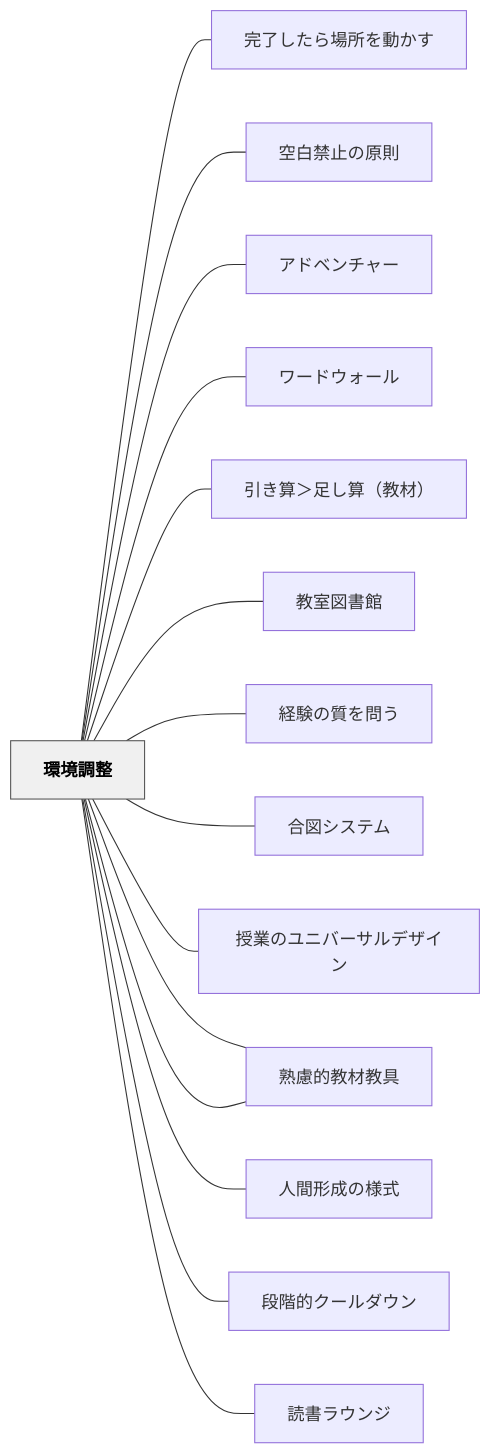
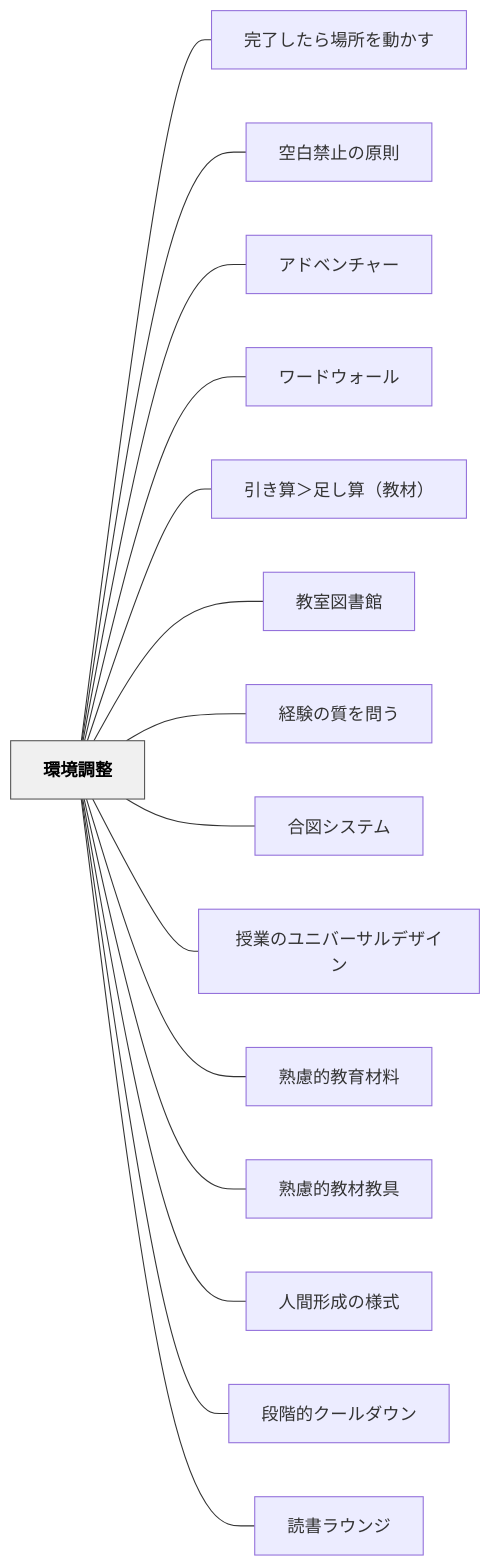
One commit to unknownthings-ed-patterns/unknownthings-ed-patterns changed the diagram in content/パタン/環境調整.md. Above: the diagram before and after it, drawn with Mermaid. The commit also changed 527 other files, not shown here.

````diff
--- a/content/パタン/環境調整.md
+++ b/content/パタン/環境調整.md
@@ -297,36 +297,36 @@
 ```mermaid
 flowchart LR
-    ne792b0e5a283["環境調整"]
-    ne5ae8ce4ba86["完了したら場所を動かす"]
-    ne7a9bae799bd["空白禁止の原則"]
-    ne382a2e38389["アドベンチャー"]
-    ne383afe383bc["ワードウォール"]
-    ne5bc95e3818d["引き算＞足し算（教材）"]
-    ne69599e5aea4["教室図書館"]
-    ne7b58ce9a893["経験の質を問う"]
-    ne59088e59bb3["合図システム"]
-    ne68e88e6a5ad["授業のユニバーサルデザイン"]
-    ne7869fe685ae["熟慮的教育材料"]
-    ne7869fe685ae["熟慮的教材教具"]
-    ne4babae99693["人間形成の様式"]
-    ne6aeb5e99a8e["段階的クールダウン"]
-    ne8aaade69bb8["読書ラウンジ"]
+    ne792b0e5a283e8aabfe695b4["環境調整"]
+    ne5ae8ce4ba86e38197e3819fe38289e5a0b4e68980e38292e58b95e3818be38199["完了したら場所を動かす"]
+    ne7a9bae799bde7a681e6ada2e381aee58e9fe58987["空白禁止の原則"]
+    ne382a2e38389e38399e383b3e38381e383a3e383bc["アドベンチャー"]
+    ne383afe383bce38389e382a6e382a9e383bce383ab["ワードウォール"]
+    ne5bc95e3818de7ae97efbc9ee8b6b3e38197e7ae97efbc88e69599e69d90efbc89["引き算＞足し算（教材）"]
+    ne69599e5aea4e59bb3e69bb8e9a4a8["教室図書館"]
+    ne7b58ce9a893e381aee8b3aae38292e5958fe38186["経験の質を問う"]
+    ne59088e59bb3e382b7e382b9e38386e383a0["合図システム"]
+    ne68e88e6a5ade381aee383a6e3838be38390e383bce382b5e383abe38387e382b6e382a4e383b3["授業のユニバーサルデザイン"]
+    ne7869fe685aee79a84e69599e882b2e69d90e69699["熟慮的教育材料"]
+    ne7869fe685aee79a84e69599e69d90e69599e585b7["熟慮的教材教具"]
+    ne4babae99693e5bda2e68890e381aee6a798e5bc8f["人間形成の様式"]
+    ne6aeb5e99a8ee79a84e382afe383bce383abe38380e382a6e383b3["段階的クールダウン"]
+    ne8aaade69bb8e383a9e382a6e383b3e382b8["読書ラウンジ"]
 
-    ne792b0e5a283 --- ne5ae8ce4ba86
-    ne792b0e5a283 --- ne7a9bae799bd
-    ne792b0e5a283 --- ne382a2e38389
-    ne792b0e5a283 --- ne383afe383bc
-    ne792b0e5a283 --- ne5bc95e3818d
-    ne792b0e5a283 --- ne69599e5aea4
-    ne792b0e5a283 --- ne7b58ce9a893
-    ne792b0e5a283 --- ne59088e59bb3
-    ne792b0e5a283 --- ne68e88e6a5ad
-    ne792b0e5a283 --- ne7869fe685ae
-    ne792b0e5a283 --- ne7869fe685ae
-    ne792b0e5a283 --- ne4babae99693
-    ne792b0e5a283 --- ne6aeb5e99a8e
-    ne792b0e5a283 --- ne8aaade69bb8
+    ne792b0e5a283e8aabfe695b4 --- ne5ae8ce4ba86e38197e3819fe38289e5a0b4e68980e38292e58b95e3818be38199
+    ne792b0e5a283e8aabfe695b4 --- ne7a9bae799bde7a681e6ada2e381aee58e9fe58987
+    ne792b0e5a283e8aabfe695b4 --- ne382a2e38389e38399e383b3e38381e383a3e383bc
+    ne792b0e5a283e8aabfe695b4 --- ne383afe383bce38389e382a6e382a9e383bce383ab
+    ne792b0e5a283e8aabfe695b4 --- ne5bc95e3818de7ae97efbc9ee8b6b3e38197e7ae97efbc88e69599e69d90efbc89
+    ne792b0e5a283e8aabfe695b4 --- ne69599e5aea4e59bb3e69bb8e9a4a8
+    ne792b0e5a283e8aabfe695b4 --- ne7b58ce9a893e381aee8b3aae38292e5958fe38186
+    ne792b0e5a283e8aabfe695b4 --- ne59088e59bb3e382b7e382b9e38386e383a0
+    ne792b0e5a283e8aabfe695b4 --- ne68e88e6a5ade381aee383a6e3838be38390e383bce382b5e383abe38387e382b6e382a4e383b3
+    ne792b0e5a283e8aabfe695b4 --- ne7869fe685aee79a84e69599e882b2e69d90e69699
+    ne792b0e5a283e8aabfe695b4 --- ne7869fe685aee79a84e69599e69d90e69599e585b7
+    ne792b0e5a283e8aabfe695b4 --- ne4babae99693e5bda2e68890e381aee6a798e5bc8f
+    ne792b0e5a283e8aabfe695b4 --- ne6aeb5e99a8ee79a84e382afe383bce383abe38380e382a6e383b3
+    ne792b0e5a283e8aabfe695b4 --- ne8aaade69bb8e383a9e382a6e383b3e382b8
 
     classDef hub fill:#f0f0f0,stroke:#555,color:#000,font-weight:bold
-    class ne792b0e5a283 hub
+    class ne792b0e5a283e8aabfe695b4 hub
 ```
````
